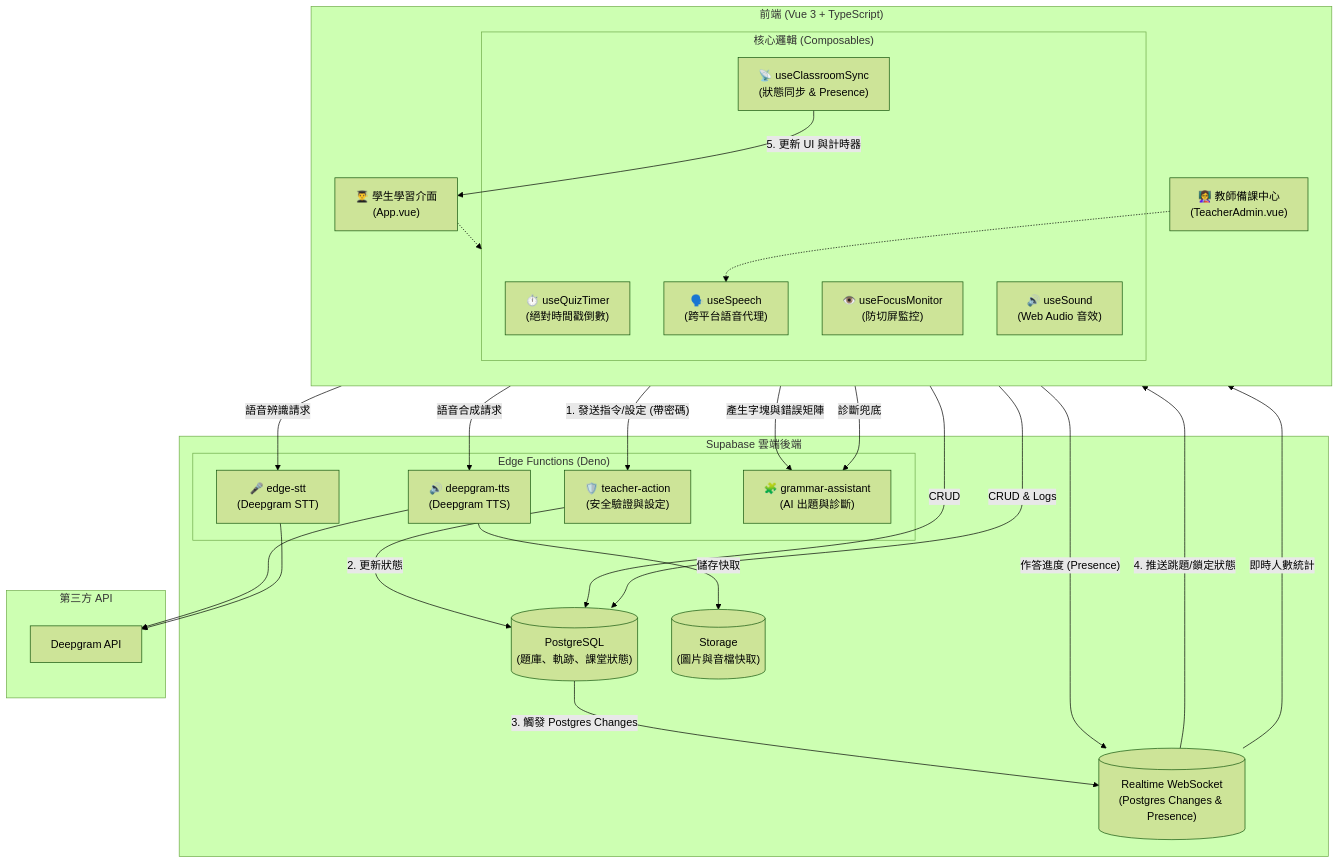
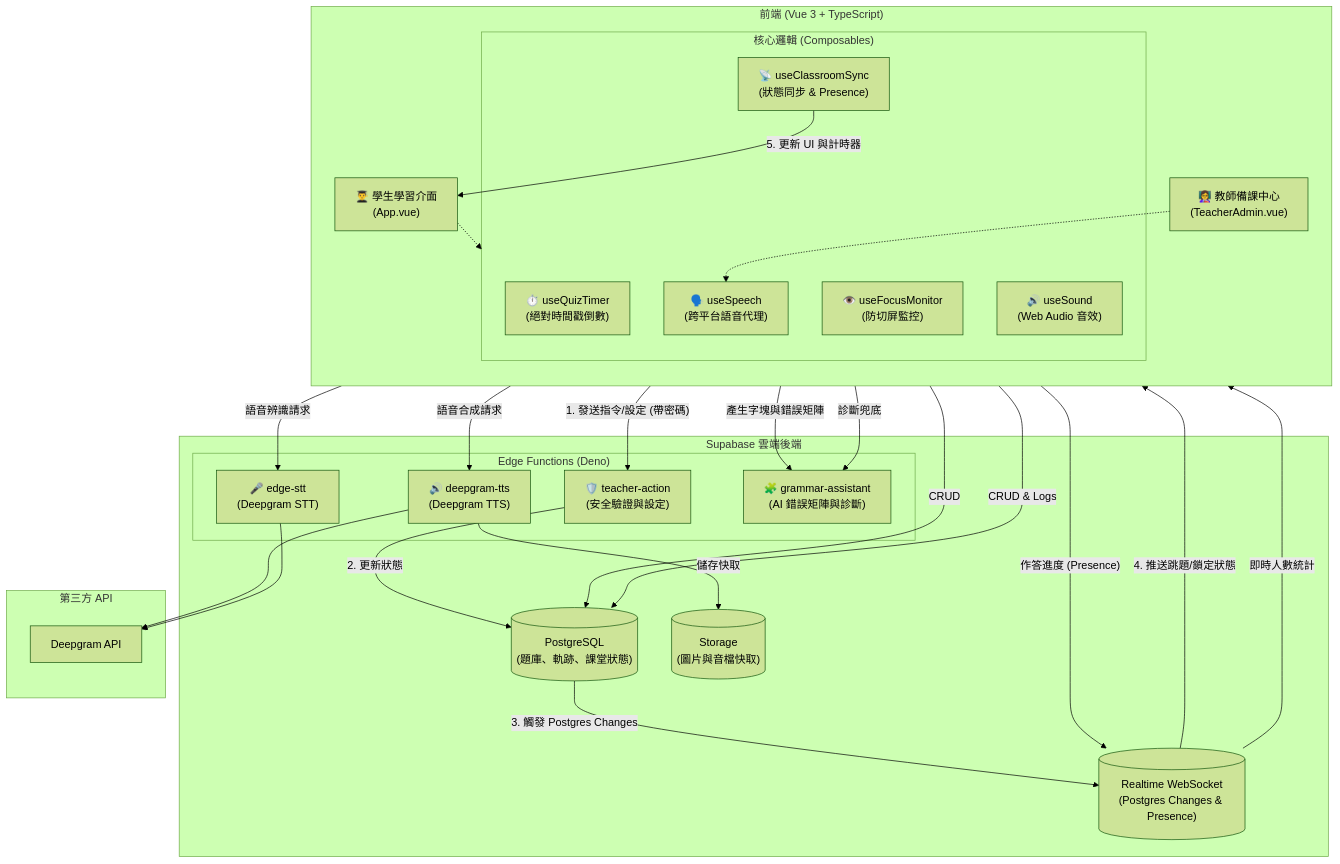
Before and after one commit to ylin3-learner/SyntaxHunt: the second of 3 diagrams in README.zh-TW.md, drawn with Mermaid (forest theme). The commit also changed other lines of this file and 1 other file, not shown here.

Commit message:
docs: document adaptive grammar canvas and diagnosis

````diff
--- a/README.zh-TW.md
+++ b/README.zh-TW.md
@@ -73,60 +73,60 @@
 ```mermaid
 graph TD
     subgraph Client ["前端 (Vue 3 + TypeScript)"]
         direction TB
         AdminUI["👩‍🏫 教師備課中心<br>(TeacherAdmin.vue)"]
         StudentUI["👨‍🎓 學生學習介面<br>(App.vue)"]
         
         subgraph Composables ["核心邏輯 (Composables)"]
             Timer["⏱️ useQuizTimer<br>(絕對時間戳倒數)"]
             Focus["👁️ useFocusMonitor<br>(防切屏監控)"]
             Sound["🔊 useSound<br>(Web Audio 音效)"]
             Speech["🗣️ useSpeech<br>(跨平台語音代理)"]
             Sync["📡 useClassroomSync<br>(狀態同步 & Presence)"]
         end
     end
 
     subgraph Supabase ["Supabase 雲端後端"]
         DB[("PostgreSQL<br>(題庫、軌跡、課堂狀態)")]
         Realtime[("Realtime WebSocket<br>(Postgres Changes & Presence)")]
         Storage[("Storage<br>(圖片與音檔快取)")]
         
         subgraph EdgeFunctions ["Edge Functions (Deno)"]
             Action_Proxy["🛡️ teacher-action<br>(安全驗證與設定)"]
             TTS_Proxy["🔊 deepgram-tts<br>(Deepgram TTS)"]
             STT_Proxy["🎤 edge-stt<br>(Deepgram STT)"]
-            Grammar_Proxy["🧩 grammar-assistant<br>(AI 出題與診斷)"]
+            Grammar_Proxy["🧩 grammar-assistant<br>(AI 錯誤矩陣與診斷)"]
         end
     end
 
     subgraph ThirdParty ["第三方 API"]
         Deepgram["Deepgram API"]
     end
 
     %% 資料流
     AdminUI -- "1. 發送指令/設定 (帶密碼)" --> Action_Proxy
     Action_Proxy -- "2. 更新狀態" --> DB
     DB -- "3. 觸發 Postgres Changes" --> Realtime
     Realtime -- "4. 推送跳題/鎖定狀態" --> Sync
     Sync -- "5. 更新 UI 與計時器" --> StudentUI
     
     %% Presence 流
     StudentUI -- "作答進度 (Presence)" --> Realtime
     Realtime -- "即時人數統計" --> AdminUI
     
     AdminUI -- "CRUD" --> DB
     StudentUI -- "CRUD & Logs" --> DB
     
     StudentUI -- "語音合成請求" --> TTS_Proxy
     TTS_Proxy --> Deepgram
     TTS_Proxy -- "儲存快取" --> Storage
     
     StudentUI -- "語音辨識請求" --> STT_Proxy
     STT_Proxy --> Deepgram
     AdminUI -- "產生字塊與錯誤矩陣" --> Grammar_Proxy
     StudentUI -- "診斷兜底" --> Grammar_Proxy
 
     %% 邏輯依賴
     StudentUI -.-> Composables
     AdminUI -.-> Speech
 ```
````
